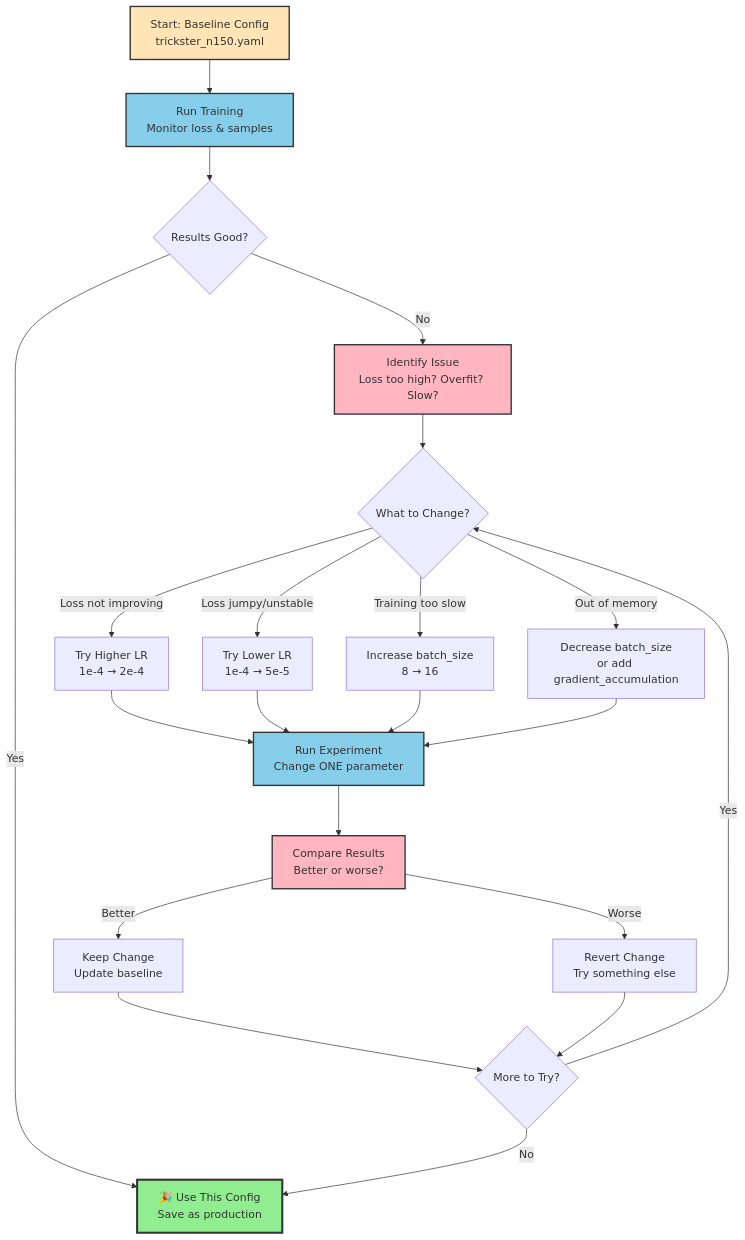
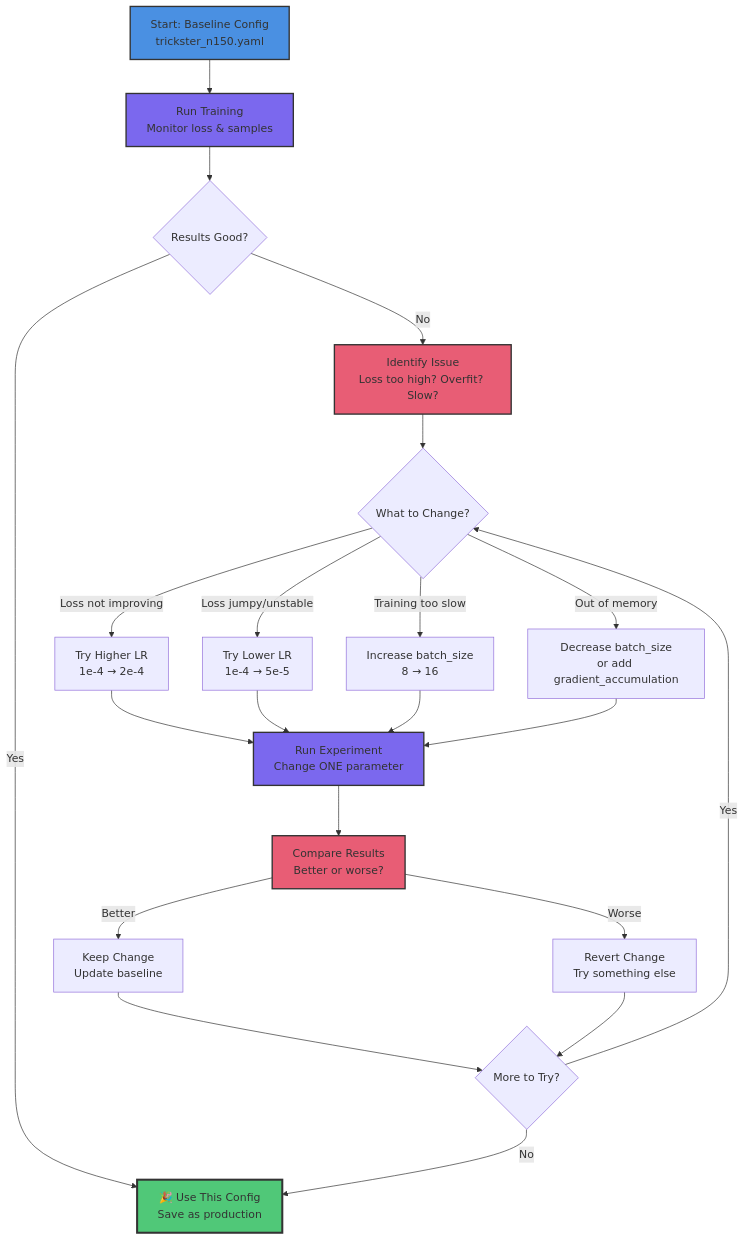
One commit to tenstorrent/tt-vscode-toolkit changed the second of 2 diagrams in content/lessons/ct3-configuration-patterns.md. Above: the diagram before and after it, drawn with Mermaid. The commit also changed other lines of this file and 9 other files, not shown here.

````diff
--- a/content/lessons/ct3-configuration-patterns.md
+++ b/content/lessons/ct3-configuration-patterns.md
@@ -577,38 +577,38 @@
 ```mermaid
 graph TD
     A[Start: Baseline Config<br/>trickster_n150.yaml] --> B[Run Training<br/>Monitor loss & samples]
 
     B --> C{Results Good?}
     C -->|Yes| D[🎉 Use This Config<br/>Save as production]
     C -->|No| E[Identify Issue<br/>Loss too high? Overfit? Slow?]
 
     E --> F{What to Change?}
 
     F -->|Loss not improving| G[Try Higher LR<br/>1e-4 → 2e-4]
     F -->|Loss jumpy/unstable| H[Try Lower LR<br/>1e-4 → 5e-5]
     F -->|Training too slow| I[Increase batch_size<br/>8 → 16]
     F -->|Out of memory| J[Decrease batch_size<br/>or add gradient_accumulation]
 
     G --> K[Run Experiment<br/>Change ONE parameter]
     H --> K
     I --> K
     J --> K
 
     K --> L[Compare Results<br/>Better or worse?]
 
     L -->|Better| M[Keep Change<br/>Update baseline]
     L -->|Worse| N[Revert Change<br/>Try something else]
 
     M --> O{More to Try?}
     N --> O
 
     O -->|Yes| F
     O -->|No| D
 
-    style A fill:#FFE4B5,stroke:#333,stroke-width:2px
-    style B fill:#87CEEB,stroke:#333,stroke-width:2px
-    style D fill:#90EE90,stroke:#333,stroke-width:3px
-    style E fill:#FFB6C1,stroke:#333,stroke-width:2px
-    style K fill:#87CEEB,stroke:#333,stroke-width:2px
-    style L fill:#FFB6C1,stroke:#333,stroke-width:2px
+    style A fill:#4A90E2,stroke:#333,stroke-width:2px
+    style B fill:#7B68EE,stroke:#333,stroke-width:2px
+    style D fill:#50C878,stroke:#333,stroke-width:3px
+    style E fill:#E85D75,stroke:#333,stroke-width:2px
+    style K fill:#7B68EE,stroke:#333,stroke-width:2px
+    style L fill:#E85D75,stroke:#333,stroke-width:2px
 ```
````
